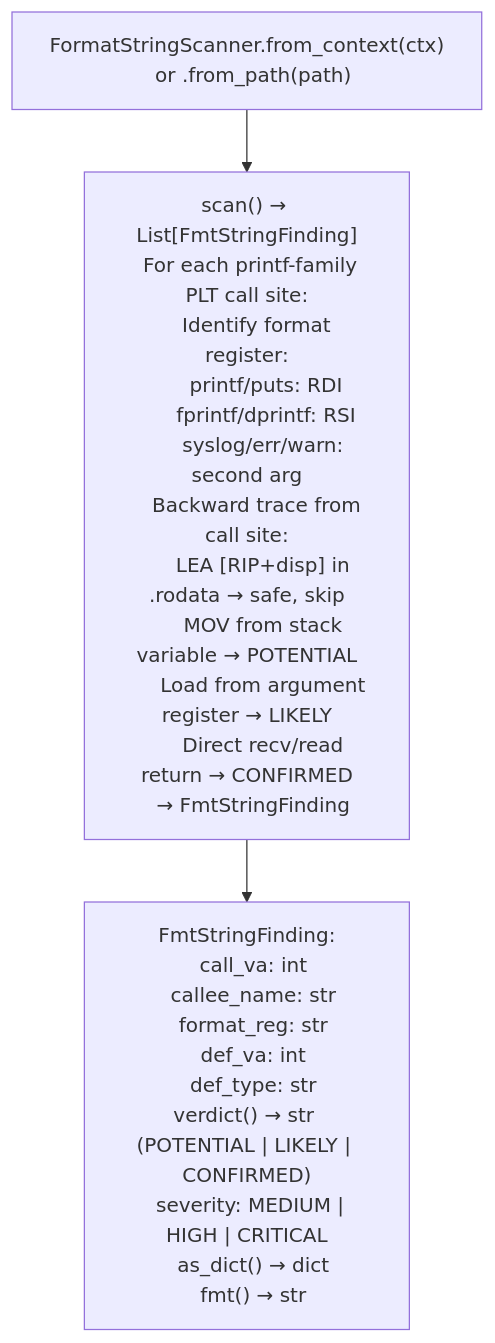
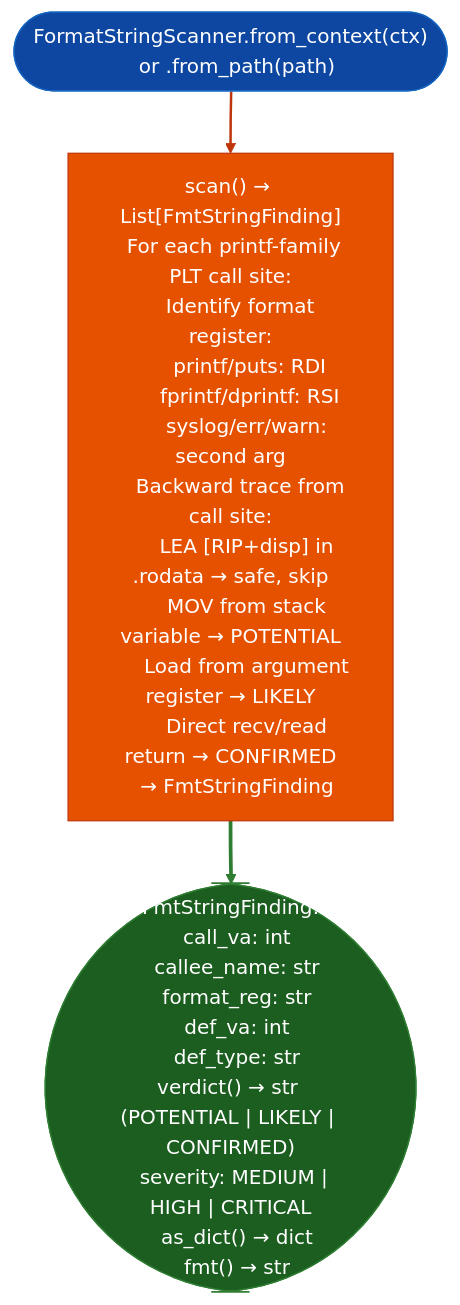
One commit to Ablation-Tool/ablation changed the diagram in docs/reference-modules/injection-and-persistence-indicators.md. Above: the diagram before and after it, drawn with Mermaid. The commit also changed 320 other files, not shown here.

First line of the commit message:
docs: apply canonical Mermaid template to all 321 diagrams

````diff
--- a/docs/reference-modules/injection-and-persistence-indicators.md
+++ b/docs/reference-modules/injection-and-persistence-indicators.md
@@ -19,5 +19,13 @@
 ```mermaid
 flowchart TD
-    A["FormatStringScanner.from_context(ctx)\n  or .from_path(path)"] --> B["scan() → List[FmtStringFinding]\n  For each printf-family PLT call site:\n    Identify format register:\n      printf/puts: RDI\n      fprintf/dprintf: RSI\n      syslog/err/warn: second arg\n    Backward trace from call site:\n      LEA [RIP+disp] in .rodata → safe, skip\n      MOV from stack variable → POTENTIAL\n      Load from argument register → LIKELY\n      Direct recv/read return → CONFIRMED\n  → FmtStringFinding"]
-    B --> C["FmtStringFinding:\n  call_va: int\n  callee_name: str\n  format_reg: str\n  def_va: int\n  def_type: str\n  verdict() → str   (POTENTIAL | LIKELY | CONFIRMED)\n  severity: MEDIUM | HIGH | CRITICAL\n  as_dict() → dict\n  fmt() → str"]
+    A(["FormatStringScanner.from_context(ctx)\n  or .from_path(path)"]):::input --> B["scan() → List[FmtStringFinding]\n  For each printf-family PLT call site:\n    Identify format register:\n      printf/puts: RDI\n      fprintf/dprintf: RSI\n      syslog/err/warn: second arg\n    Backward trace from call site:\n      LEA [RIP+disp] in .rodata → safe, skip\n      MOV from stack variable → POTENTIAL\n      Load from argument register → LIKELY\n      Direct recv/read return → CONFIRMED\n  → FmtStringFinding"]:::primary
+    B:::primary --> C(["FmtStringFinding:\n  call_va: int\n  callee_name: str\n  format_reg: str\n  def_va: int\n  def_type: str\n  verdict() → str   (POTENTIAL | LIKELY | CONFIRMED)\n  severity: MEDIUM | HIGH | CRITICAL\n  as_dict() → dict\n  fmt() → str"]):::output
+    classDef input     fill:#0d47a1,stroke:#1565c0,color:#fff
+    classDef primary   fill:#e65100,stroke:#bf360c,color:#fff
+    classDef secondary fill:#004d40,stroke:#00695c,color:#fff
+    classDef tertiary  fill:#4a148c,stroke:#6a1b9a,color:#fff
+    classDef neutral   fill:#37474f,stroke:#546e7a,color:#fff
+    classDef output    fill:#1b5e20,stroke:#2e7d32,color:#fff
+    linkStyle 0 stroke:#bf360c,stroke-width:2px
+    linkStyle 1 stroke:#2e7d32,stroke-width:3px
 ```
````
